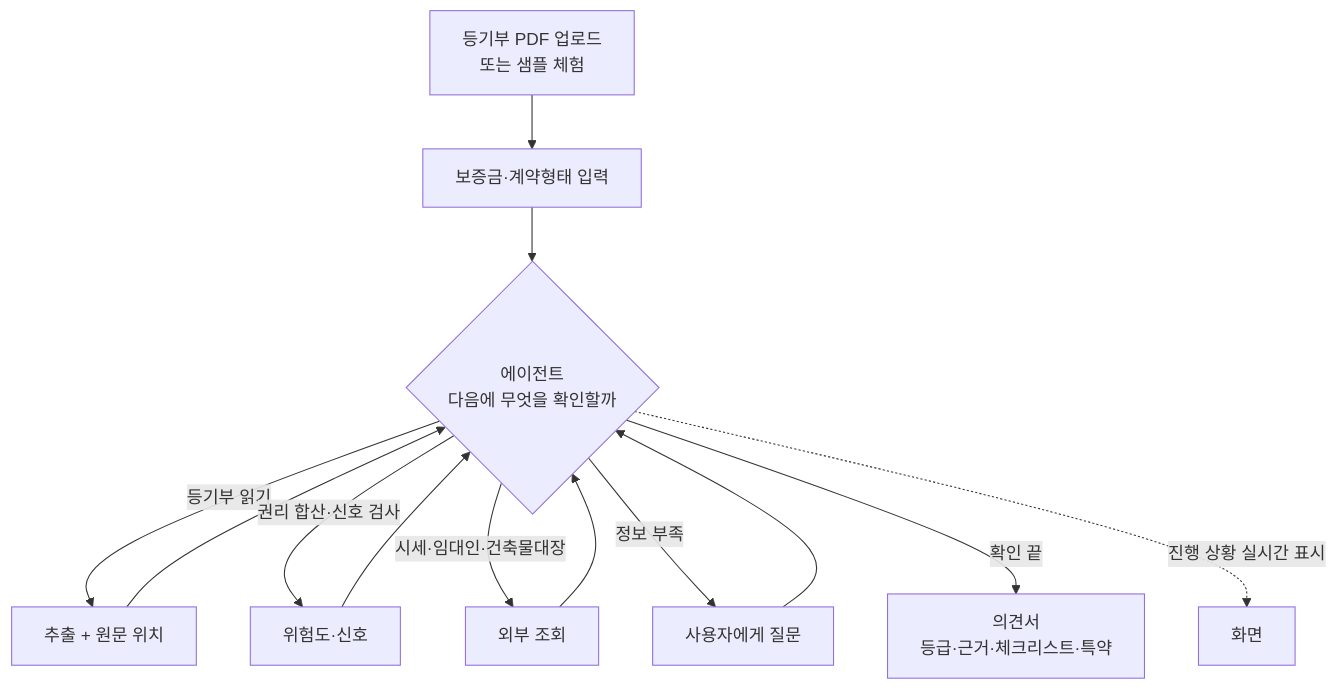
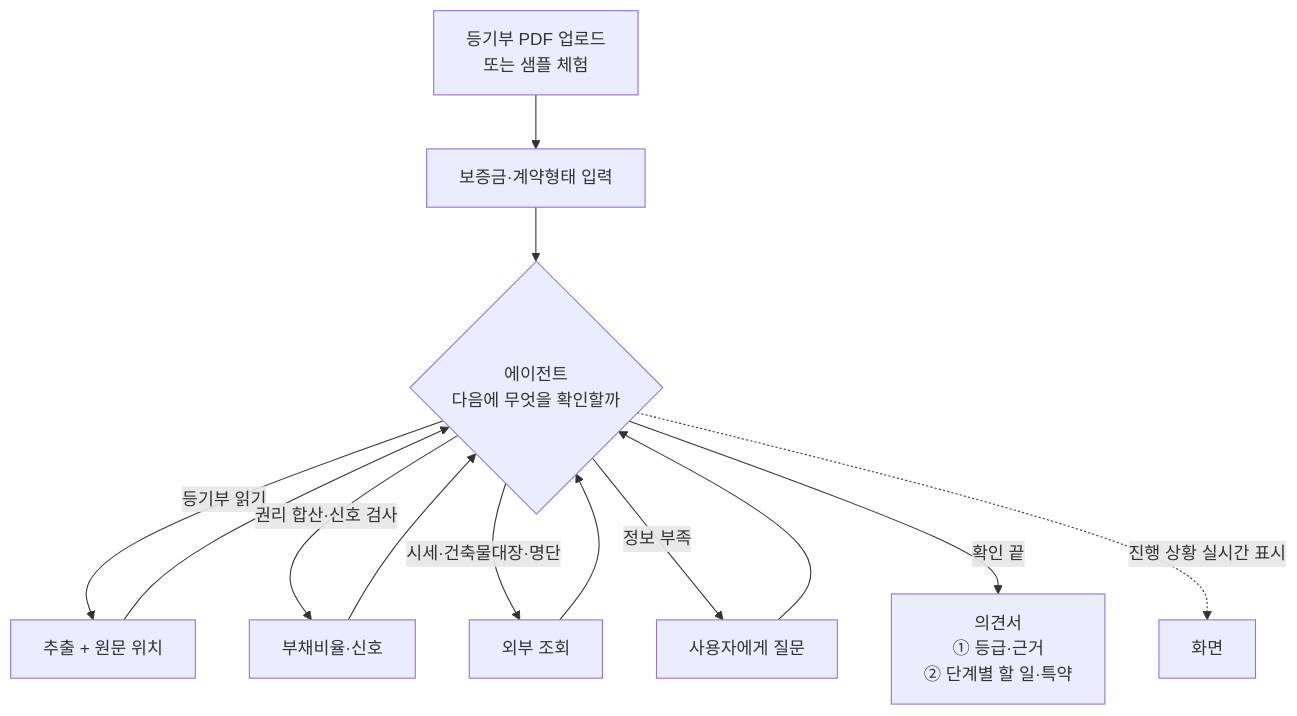
One commit to HoyoungParkme/deposit-guard changed the diagram in docs/specs/01-RFQ/JSD-RFQ-001.md. Above: the diagram before and after it, drawn with Mermaid. The commit also changed other lines of this file, not shown here.

````diff
--- a/docs/specs/01-RFQ/JSD-RFQ-001.md
+++ b/docs/specs/01-RFQ/JSD-RFQ-001.md
@@ -254,15 +313,15 @@
 ```mermaid
 flowchart TD
     A[등기부 PDF 업로드<br/>또는 샘플 체험] --> B[보증금·계약형태 입력]
     B --> C{에이전트<br/>다음에 무엇을 확인할까}
     C -->|등기부 읽기| T1[추출 + 원문 위치]
-    C -->|권리 합산·신호 검사| T2[위험도·신호]
-    C -->|시세·임대인·건축물대장| T3[외부 조회]
+    C -->|권리 합산·신호 검사| T2[부채비율·신호]
+    C -->|시세·건축물대장·명단| T3[외부 조회]
     C -->|정보 부족| T4[사용자에게 질문]
     T1 --> C
     T2 --> C
     T3 --> C
     T4 --> C
-    C -->|확인 끝| D[의견서<br/>등급·근거·체크리스트·특약]
+    C -->|확인 끝| D[의견서<br/>① 등급·근거<br/>② 단계별 할 일·특약]
     C -.진행 상황 실시간 표시.-> V[화면]
 ```
````
